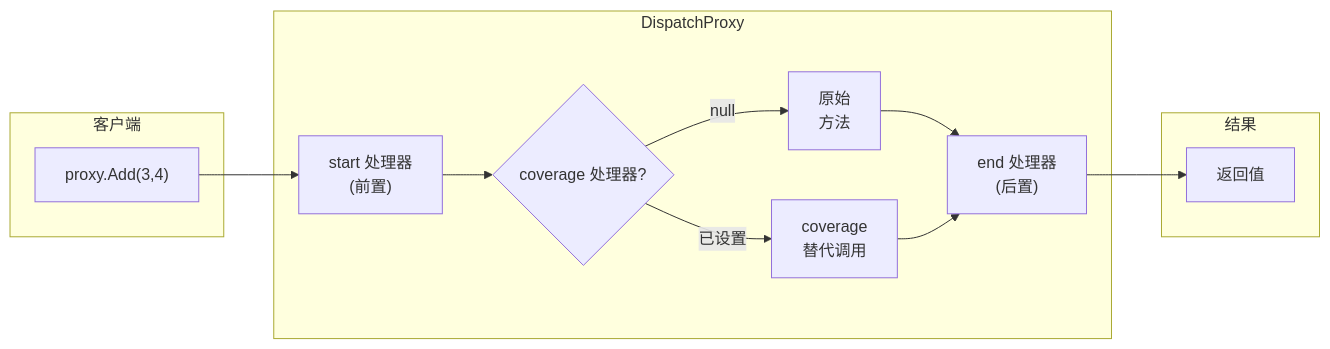
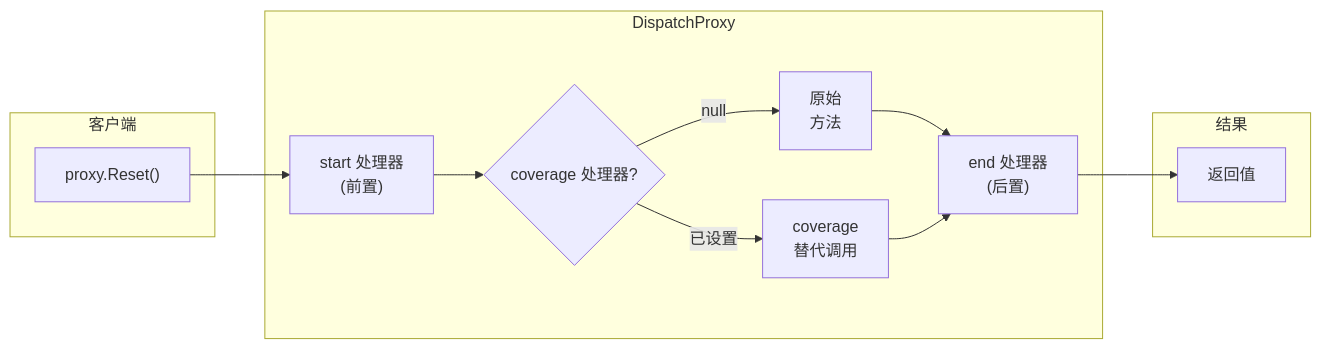
One commit to Axvser/VeloxDev changed the diagram in Docs/VeloxDev.Docs/Assets/Docs/zh/2_原理解析/2_AOP/index.md. Above: the diagram before and after it, drawn with Mermaid. The commit also changed other lines of this file and 101 other files, not shown here.

````diff
--- a/Docs/VeloxDev.Docs/Assets/Docs/zh/2_原理解析/2_AOP/index.md
+++ b/Docs/VeloxDev.Docs/Assets/Docs/zh/2_原理解析/2_AOP/index.md
@@ -9,21 +9,21 @@
 ```mermaid
 flowchart LR
     subgraph 客户端
-        Call["proxy.Add(3,4)"]
+        Call["proxy.Reset()"]
     end
     subgraph Proxy[DispatchProxy]
         Start["start 处理器\n(前置)"]
         Cover{"coverage 处理器?"}
         Target["原始\n方法"]
         Replace["coverage\n替代调用"]
         End["end 处理器\n(后置)"]
     end
     subgraph 结果
         R["返回值"]
     end
 
     Call --> Start --> Cover
     Cover -->|null| Target --> End
     Cover -->|已设置| Replace --> End
     End --> R
 ```
````
